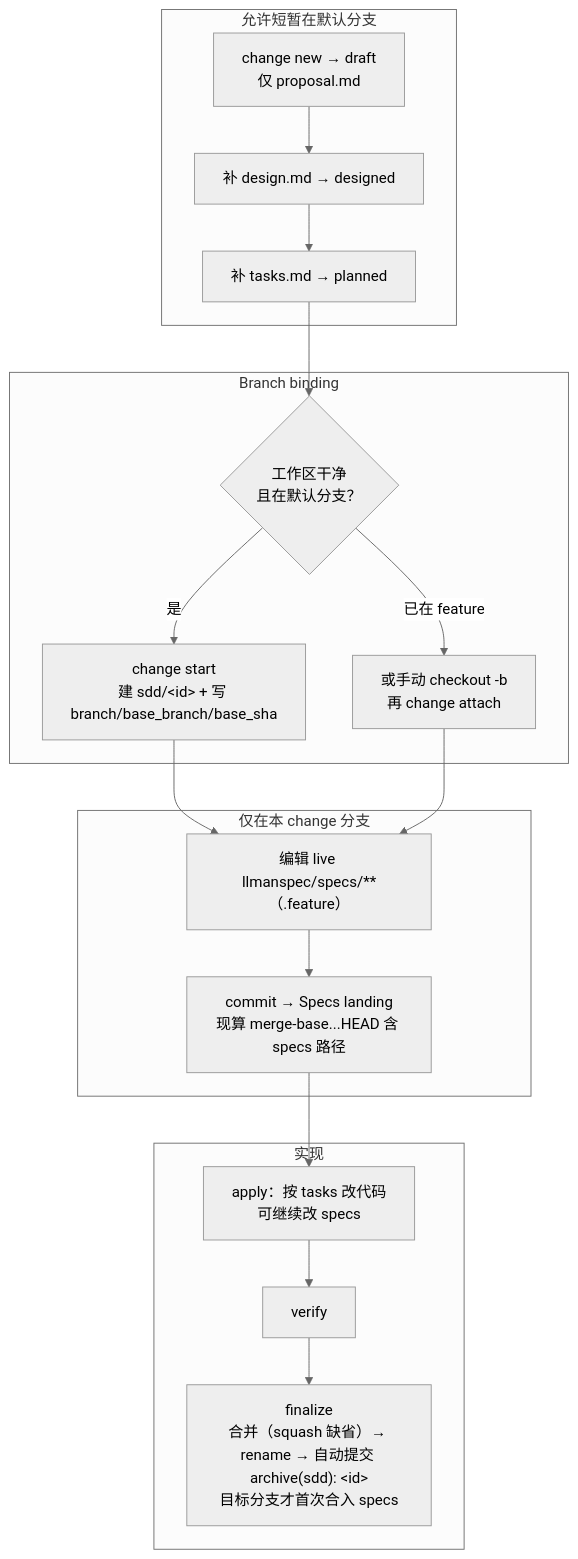
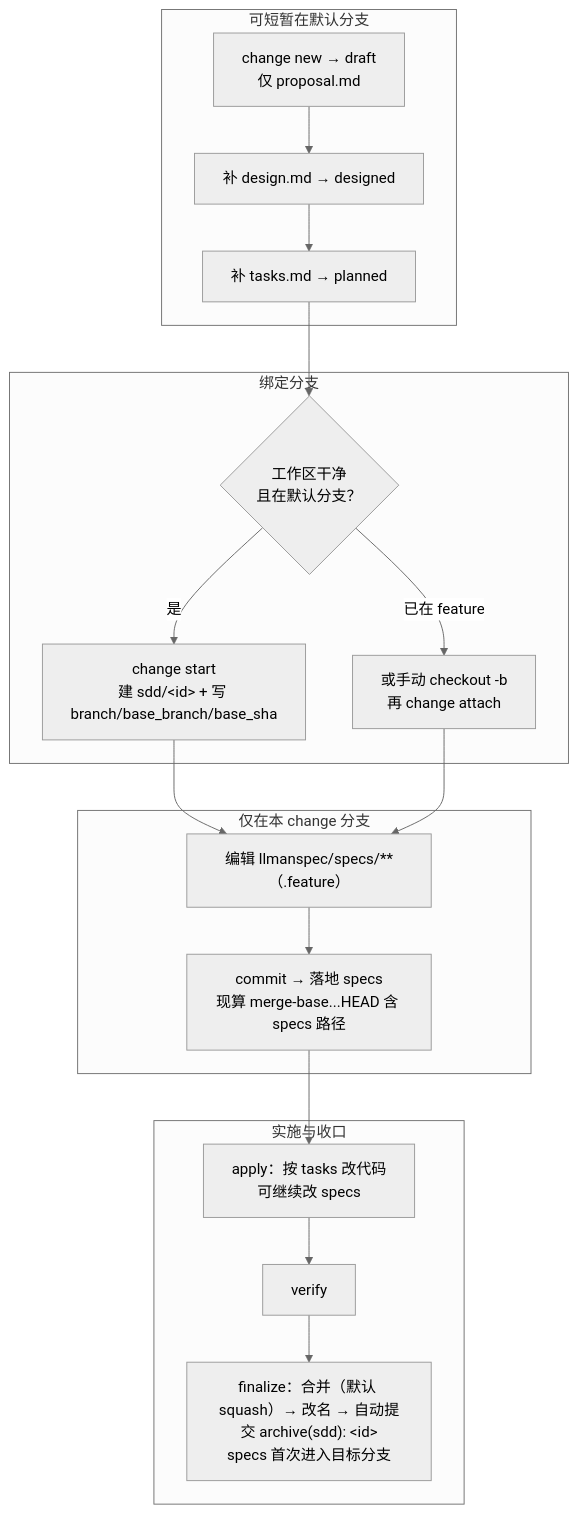
Before and after one commit to StrayDragon/xylitol: the first of 2 diagrams in .agents/skills/llman-sdd-propose/SKILL.md, drawn with Mermaid (neutral theme). The commit also changed other lines of this file and 13 other files, not shown here.

````diff
--- a/.agents/skills/llman-sdd-propose/SKILL.md
+++ b/.agents/skills/llman-sdd-propose/SKILL.md
@@ -18,30 +18,30 @@
 ```mermaid
 flowchart TB
-  subgraph main_ok["允许短暂在默认分支"]
+  subgraph main_ok["可短暂在默认分支"]
     A["change new → draft<br/>仅 proposal.md"]
     B1["补 design.md → designed"]
     B2["补 tasks.md → planned"]
   end
 
-  subgraph gate_start["Branch binding"]
+  subgraph bind["绑定分支"]
     C{"工作区干净<br/>且在默认分支？"}
     D["change start<br/>建 sdd/&lt;id&gt; + 写 branch/base_branch/base_sha"]
     E["或手动 checkout -b<br/>再 change attach"]
   end
 
   subgraph specs_only["仅在本 change 分支"]
-    F["编辑 live llmanspec/specs/**（.feature）"]
-    G["commit → Specs landing<br/>现算 merge-base...HEAD 含 specs 路径"]
+    F["编辑 llmanspec/specs/**（.feature）"]
+    G["commit → 落地 specs<br/>现算 merge-base...HEAD 含 specs 路径"]
   end
 
-  subgraph implement["实现"]
+  subgraph implement["实施与收口"]
     H["apply：按 tasks 改代码<br/>可继续改 specs"]
     I["verify"]
-    J["finalize<br/>合并（squash 缺省）→ rename → 自动提交 archive(sdd): &lt;id&gt;<br/>目标分支才首次合入 specs"]
+    J["finalize：合并（默认 squash）→ 改名 → 自动提交 archive(sdd): &lt;id&gt;<br/>specs 首次进入目标分支"]
   end
 
   A --> B1 --> B2 --> C
   C -->|是| D --> F
   C -->|已在 feature| E --> F
   F --> G --> H --> I --> J
 ```
````
